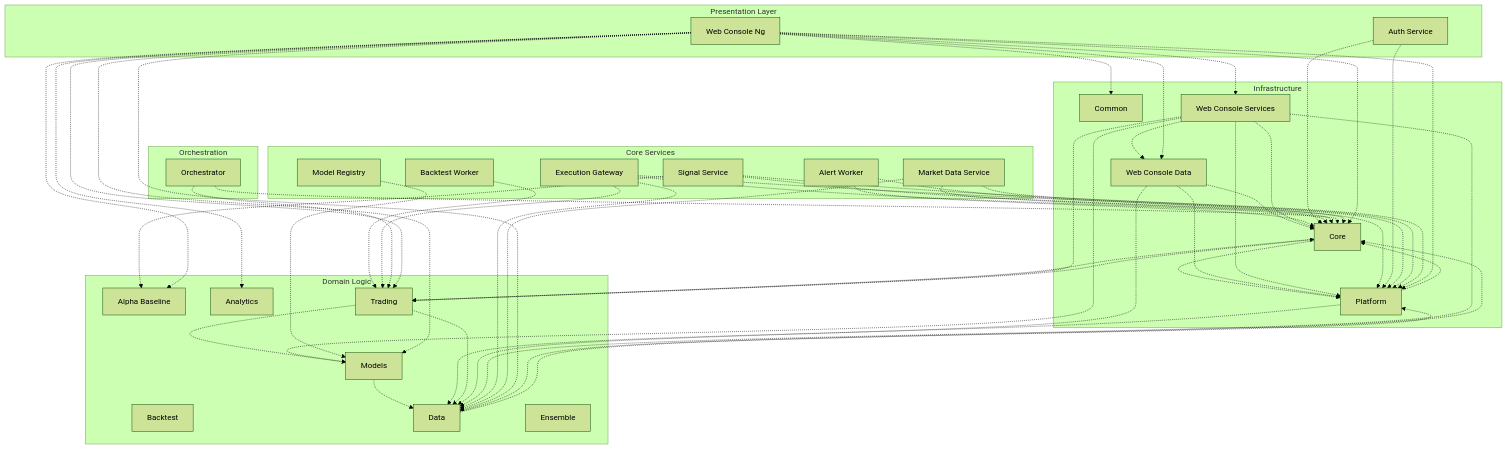
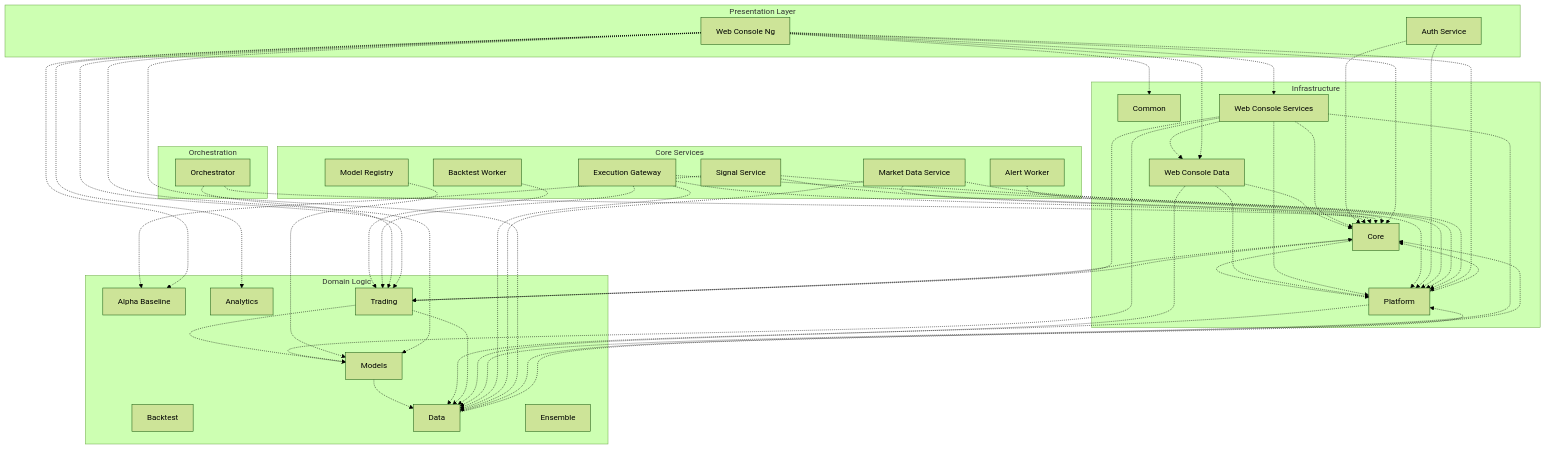
Before and after one commit to LeeeWayyy/trading_platform: the diagram in docs/ARCHITECTURE/system_map_deps.md, drawn with Mermaid (forest theme). The commit also changed 2 other files, not shown here.

Commit message:
chore: regenerate architecture docs and golden manifest
- Update system_map_deps.md and system_map.canvas after merge
- Refresh golden manifest (91 days old, exceeds 90-day limit)

````diff
--- a/docs/ARCHITECTURE/system_map_deps.md
+++ b/docs/ARCHITECTURE/system_map_deps.md
@@ -3,82 +3,81 @@
 ```mermaid
 flowchart TB
   subgraph presentation["Presentation Layer"]
     svc_auth_service["Auth Service"]
     svc_web_console_ng["Web Console Ng"]
   end
   subgraph orchestration["Orchestration"]
     svc_orchestrator["Orchestrator"]
   end
   subgraph core["Core Services"]
     svc_alert_worker["Alert Worker"]
     svc_backtest_worker["Backtest Worker"]
     svc_execution_gateway["Execution Gateway"]
     svc_market_data_service["Market Data Service"]
     svc_model_registry["Model Registry"]
     svc_signal_service["Signal Service"]
   end
   subgraph domain["Domain Logic"]
     strat_alpha_baseline["Alpha Baseline"]
     lib_analytics["Analytics"]
     strat_backtest["Backtest"]
     lib_data["Data"]
     strat_ensemble["Ensemble"]
     lib_models["Models"]
     lib_trading["Trading"]
   end
   subgraph infra["Infrastructure"]
     lib_common["Common"]
     lib_core["Core"]
     lib_platform["Platform"]
     lib_web_console_data["Web Console Data"]
     lib_web_console_services["Web Console Services"]
   end
 
   lib_core -.-> lib_platform
   lib_core -.-> lib_trading
   lib_data -.-> lib_core
   lib_data -.-> lib_platform
   lib_models -.-> lib_data
   lib_platform -.-> lib_core
   lib_platform -.-> lib_data
   lib_trading -.-> lib_core
   lib_trading -.-> lib_data
   lib_trading -.-> lib_models
   lib_web_console_data -.-> lib_core
   lib_web_console_data -.-> lib_data
   lib_web_console_data -.-> lib_platform
   lib_web_console_services -.-> lib_core
   lib_web_console_services -.-> lib_data
   lib_web_console_services -.-> lib_models
   lib_web_console_services -.-> lib_platform
   lib_web_console_services -.-> lib_trading
   lib_web_console_services -.-> lib_web_console_data
-  svc_alert_worker -.-> lib_core
   svc_alert_worker -.-> lib_platform
   svc_auth_service -.-> lib_core
   svc_auth_service -.-> lib_platform
   svc_backtest_worker -.-> lib_trading
   svc_execution_gateway -.-> lib_core
   svc_execution_gateway -.-> lib_data
   svc_execution_gateway -.-> lib_platform
   svc_execution_gateway -.-> lib_trading
   svc_market_data_service -.-> lib_core
   svc_market_data_service -.-> lib_data
   svc_market_data_service -.-> lib_platform
   svc_model_registry -.-> lib_models
   svc_orchestrator -.-> lib_core
   svc_orchestrator -.-> lib_trading
   svc_signal_service -.-> lib_core
   svc_signal_service -.-> lib_platform
   svc_signal_service -.-> strat_alpha_baseline
   svc_web_console_ng -.-> lib_analytics
   svc_web_console_ng -.-> lib_common
   svc_web_console_ng -.-> lib_core
   svc_web_console_ng -.-> lib_data
   svc_web_console_ng -.-> lib_models
   svc_web_console_ng -.-> lib_platform
   svc_web_console_ng -.-> lib_trading
   svc_web_console_ng -.-> lib_web_console_data
   svc_web_console_ng -.-> lib_web_console_services
   svc_web_console_ng -.-> strat_alpha_baseline
 ```
````
